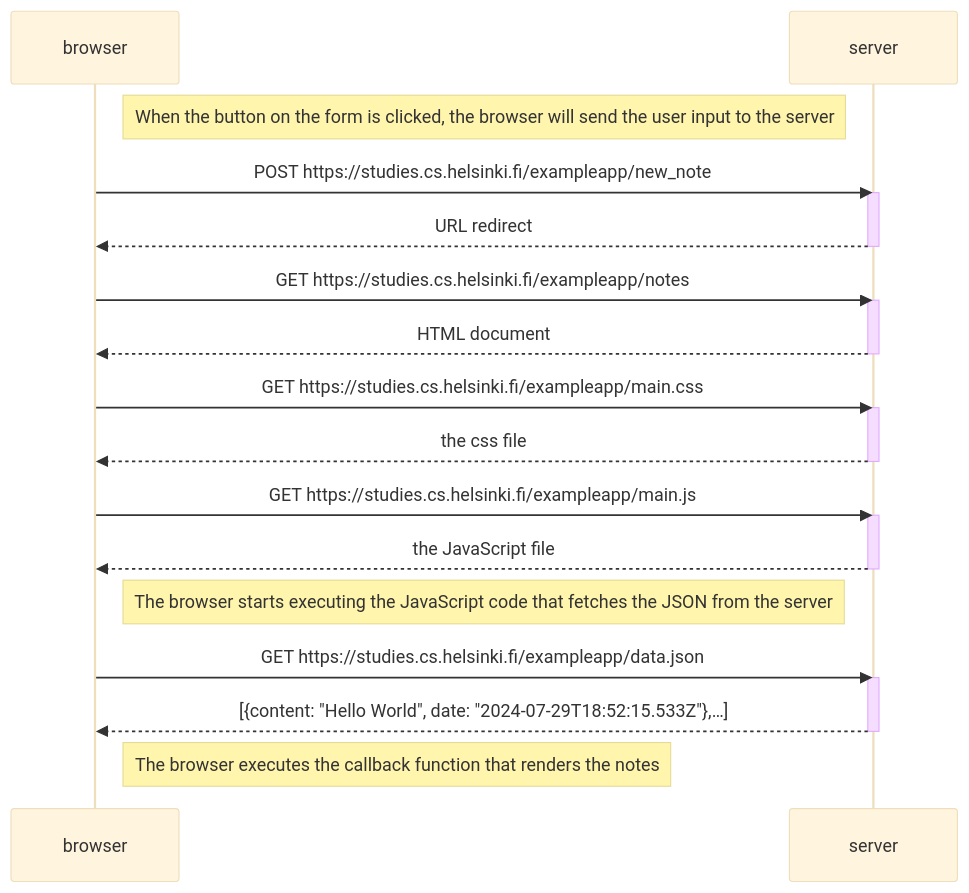
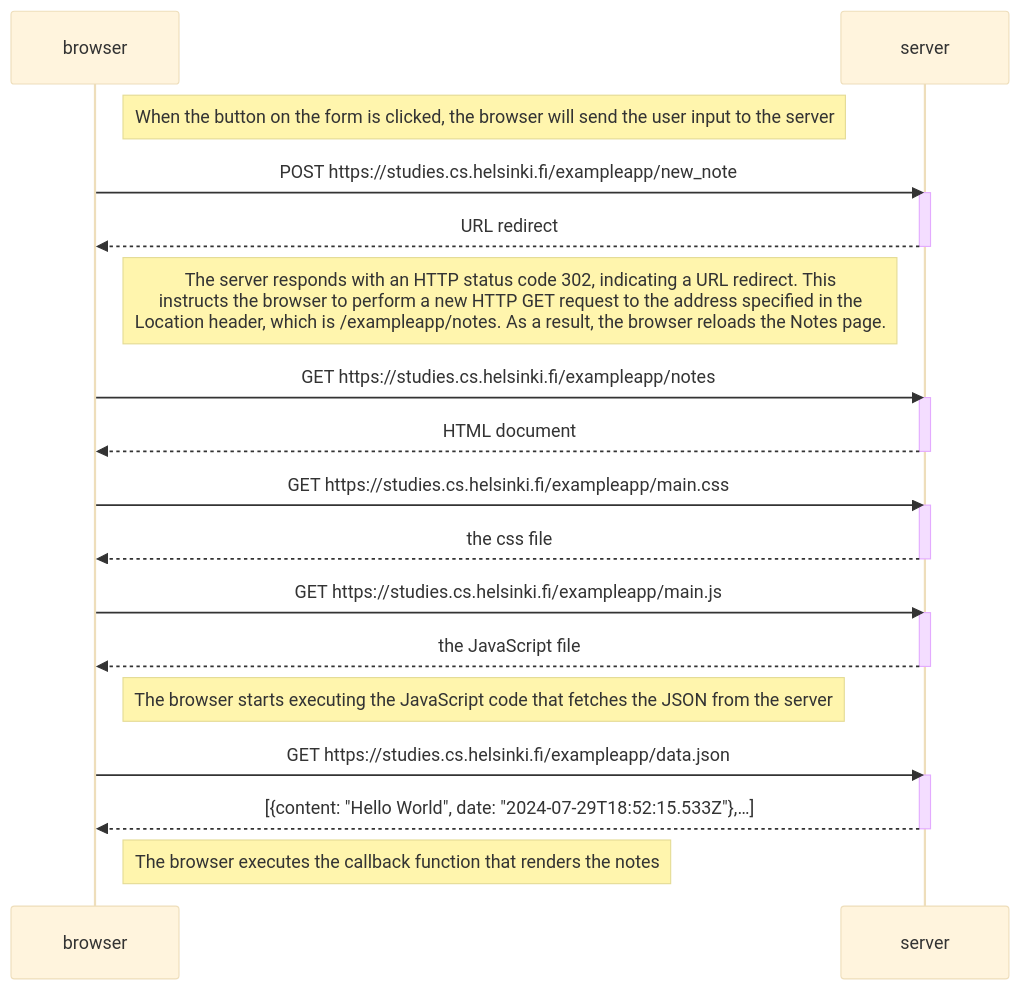
One commit to sljiviic/Submission-repository changed the diagram in part0/0.4 - New note diagram.md. Above: the diagram before and after it, drawn with Mermaid (base theme).

Commit message:
Finished exercises

````diff
--- a/part0/0.4 - New note diagram.md
+++ b/part0/0.4 - New note diagram.md
@@ -1,36 +1,38 @@
 ```mermaid
     sequenceDiagram
         participant browser
         participant server
 
         Note right of browser: When the button on the form is clicked, the browser will send the user input to the server
 
         browser->>server: POST https://studies.cs.helsinki.fi/exampleapp/new_note
         activate server
         server-->>browser: URL redirect
         deactivate server
+
+        Note left of server: The server responds with an HTTP status code 302, indicating a URL redirect. This<br> instructs the browser to perform a new HTTP GET request to the address specified in the<br> Location header, which is /exampleapp/notes. As a result, the browser reloads the Notes page.
 
         browser->>server: GET https://studies.cs.helsinki.fi/exampleapp/notes
         activate server
         server-->>browser: HTML document
         deactivate server
 
         browser->>server: GET https://studies.cs.helsinki.fi/exampleapp/main.css
         activate server
         server-->>browser: the css file
         deactivate server
 
         browser->>server: GET https://studies.cs.helsinki.fi/exampleapp/main.js
         activate server
         server-->>browser: the JavaScript file
         deactivate server
 
         Note right of browser: The browser starts executing the JavaScript code that fetches the JSON from the server
 
         browser->>server: GET https://studies.cs.helsinki.fi/exampleapp/data.json
         activate server
         server-->>browser: [{content: "Hello World", date: "2024-07-29T18:52:15.533Z"},…]
         deactivate server
 
         Note right of browser: The browser executes the callback function that renders the notes
 ```
````
